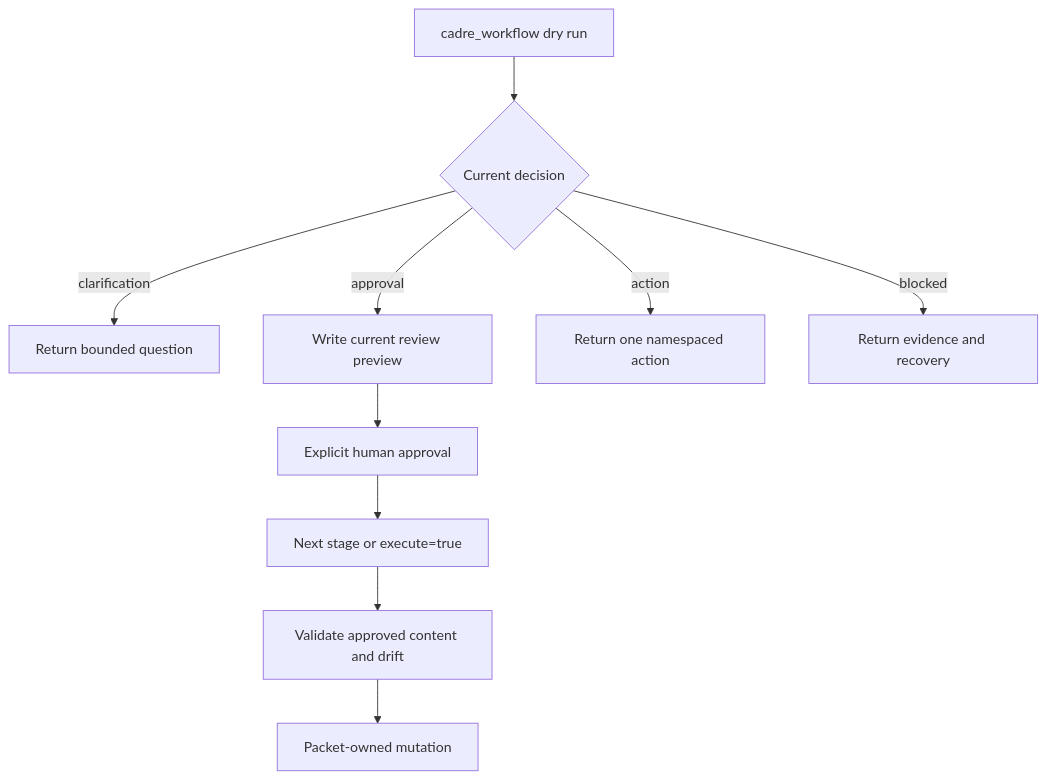
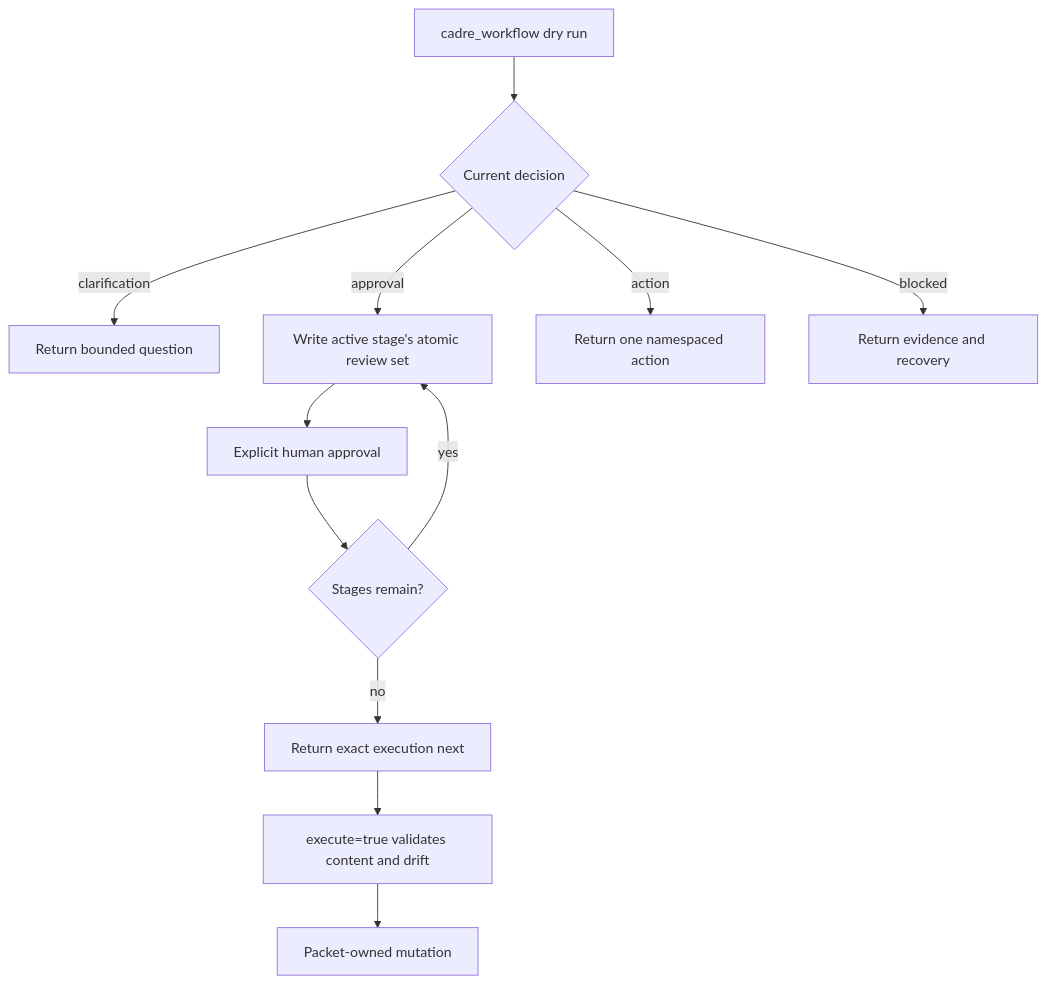
Before and after one commit to vishal-kr-barnwal/cadre: the diagram in docs/content/workflow-engine.md, drawn with Mermaid. The commit also changed other lines of this file and 14 other files, not shown here.

First line of the commit message:
docs(workflows): document active-stage review lifecycle

````diff
--- a/docs/content/workflow-engine.md
+++ b/docs/content/workflow-engine.md
@@ -16,12 +16,14 @@
 ```mermaid
 flowchart TD
   A["cadre_workflow dry run"] --> B{"Current decision"}
   B -->|"clarification"| C["Return bounded question"]
-  B -->|"approval"| D["Write current review preview"]
+  B -->|"approval"| D["Write active stage's atomic review set"]
   B -->|"action"| E["Return one namespaced action"]
   B -->|"blocked"| F["Return evidence and recovery"]
   D --> G["Explicit human approval"]
-  G --> H["Next stage or execute=true"]
-  H --> I["Validate approved content and drift"]
-  I --> J["Packet-owned mutation"]
+  G --> H{"Stages remain?"}
+  H -->|"yes"| D
+  H -->|"no"| I["Return exact execution next"]
+  I --> J["execute=true validates content and drift"]
+  J --> K["Packet-owned mutation"]
 ```
````
